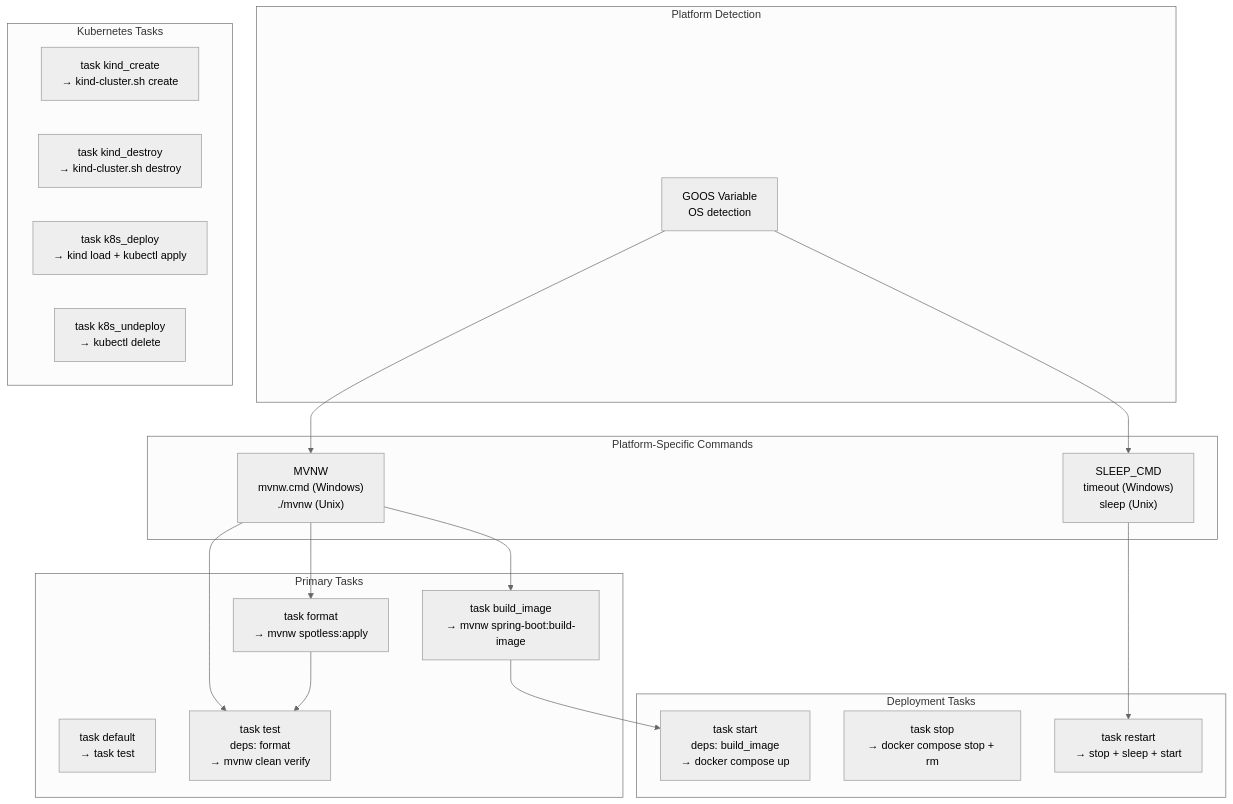
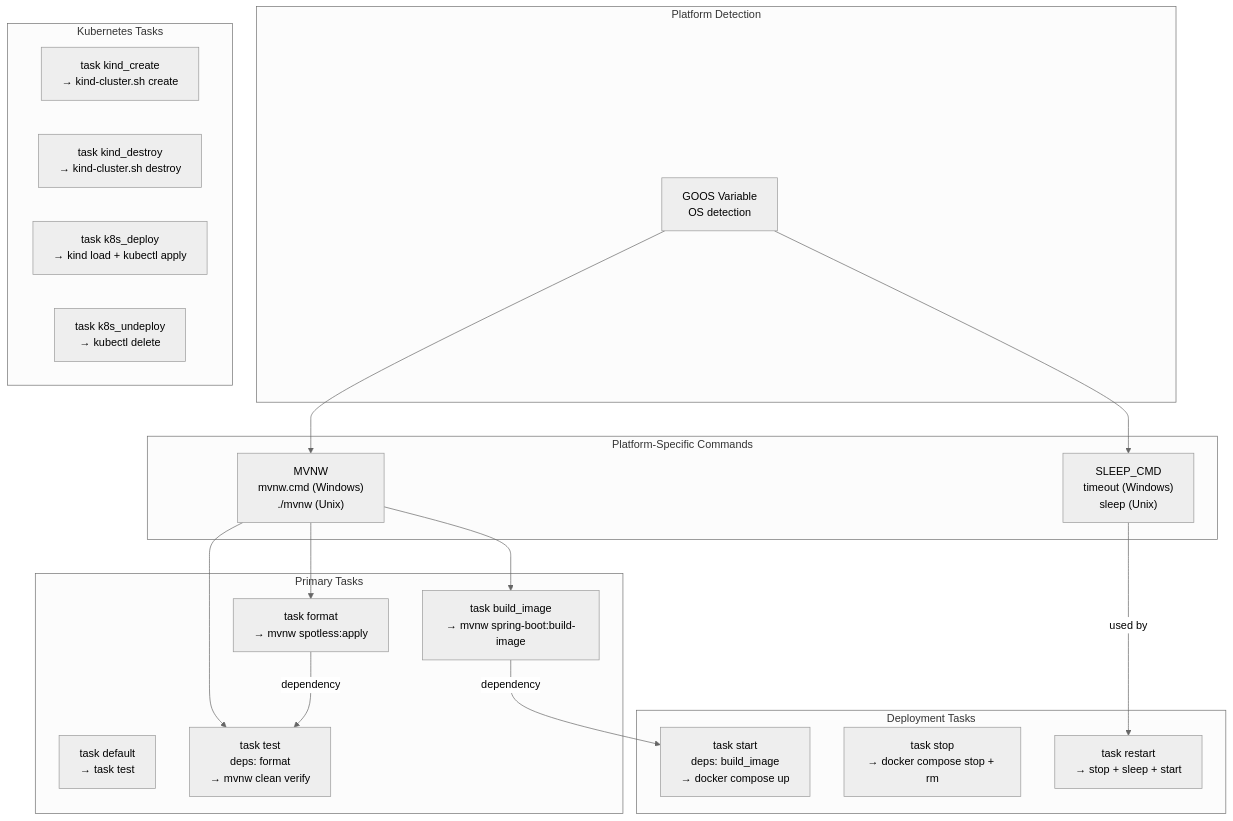
One commit to philipz/spring-modular-monolith changed the second of 4 diagrams in docs/deepwiki/Development-Guide.md. Above: the diagram before and after it, drawn with Mermaid (neutral theme). The commit also changed other lines of this file and 55 other files, not shown here.

````diff
--- a/docs/deepwiki/Development-Guide.md
+++ b/docs/deepwiki/Development-Guide.md
@@ -142,56 +142,56 @@
 ```mermaid
 flowchart TD
 
 KindCreate["task kind_create<br>→ kind-cluster.sh create"]
 KindDestroy["task kind_destroy<br>→ kind-cluster.sh destroy"]
 K8sDeploy["task k8s_deploy<br>→ kind load + kubectl apply"]
 K8sUndeploy["task k8s_undeploy<br>→ kubectl delete"]
 GOOS["GOOS Variable<br>OS detection"]
 MVNW["MVNW<br>mvnw.cmd (Windows)<br>./mvnw (Unix)"]
 SLEEP["SLEEP_CMD<br>timeout (Windows)<br>sleep (Unix)"]
 Default["task default<br>→ task test"]
 Test["task test<br>deps: format<br>→ mvnw clean verify"]
 Format["task format<br>→ mvnw spotless:apply"]
 BuildImage["task build_image<br>→ mvnw spring-boot:build-image"]
 Start["task start<br>deps: build_image<br>→ docker compose up"]
 Stop["task stop<br>→ docker compose stop + rm"]
 Restart["task restart<br>→ stop + sleep + start"]
 
 GOOS --> MVNW
 GOOS --> SLEEP
 MVNW --> Test
 MVNW --> Format
 MVNW --> BuildImage
-BuildImage --> Start
-SLEEP --> Restart
+BuildImage -->|"dependency"| Start
+SLEEP -->|"used by"| Restart
 
 subgraph subGraph3 ["Deployment Tasks"]
     Start
     Stop
     Restart
 end
 
 subgraph subGraph2 ["Primary Tasks"]
     Default
     Test
     Format
     BuildImage
-    Format --> Test
+    Format -->|"dependency"| Test
 end
 
 subgraph subGraph1 ["Platform-Specific Commands"]
     MVNW
     SLEEP
 end
 
 subgraph subGraph0 ["Platform Detection"]
     GOOS
 end
 
 subgraph subGraph4 ["Kubernetes Tasks"]
     KindCreate
     KindDestroy
     K8sDeploy
     K8sUndeploy
 end
 ```
````
